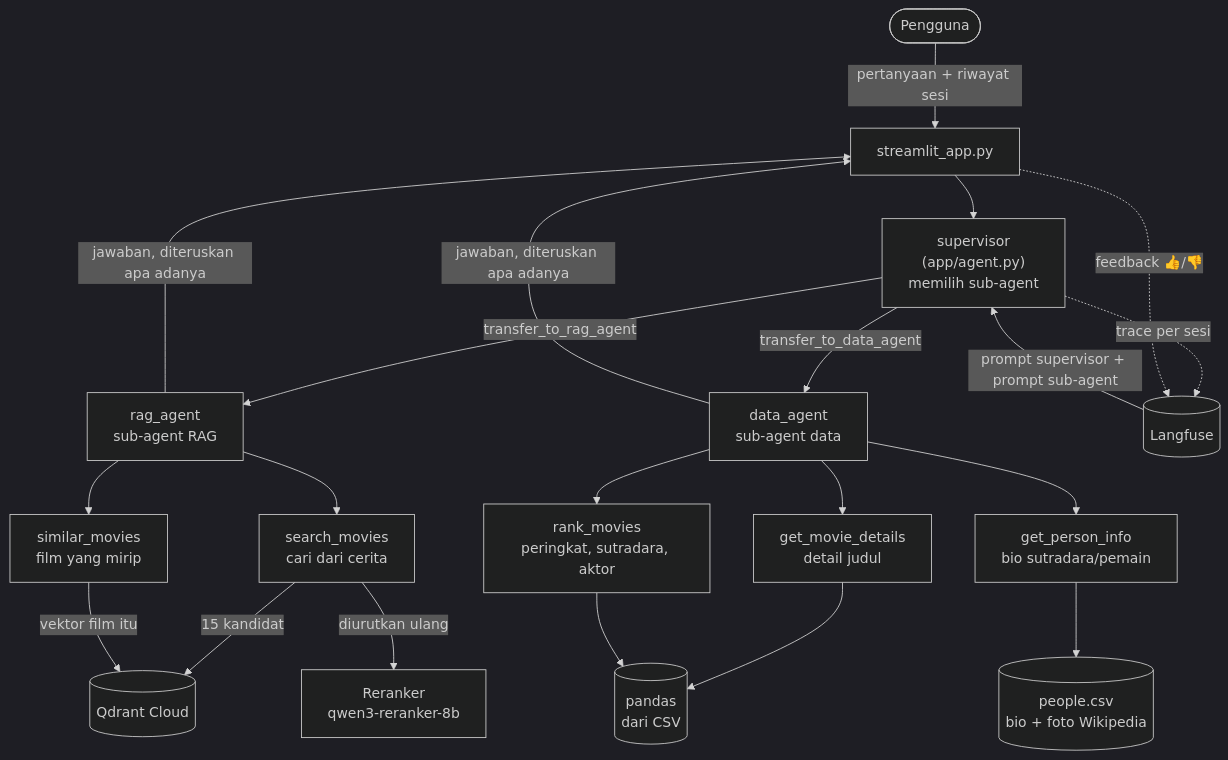
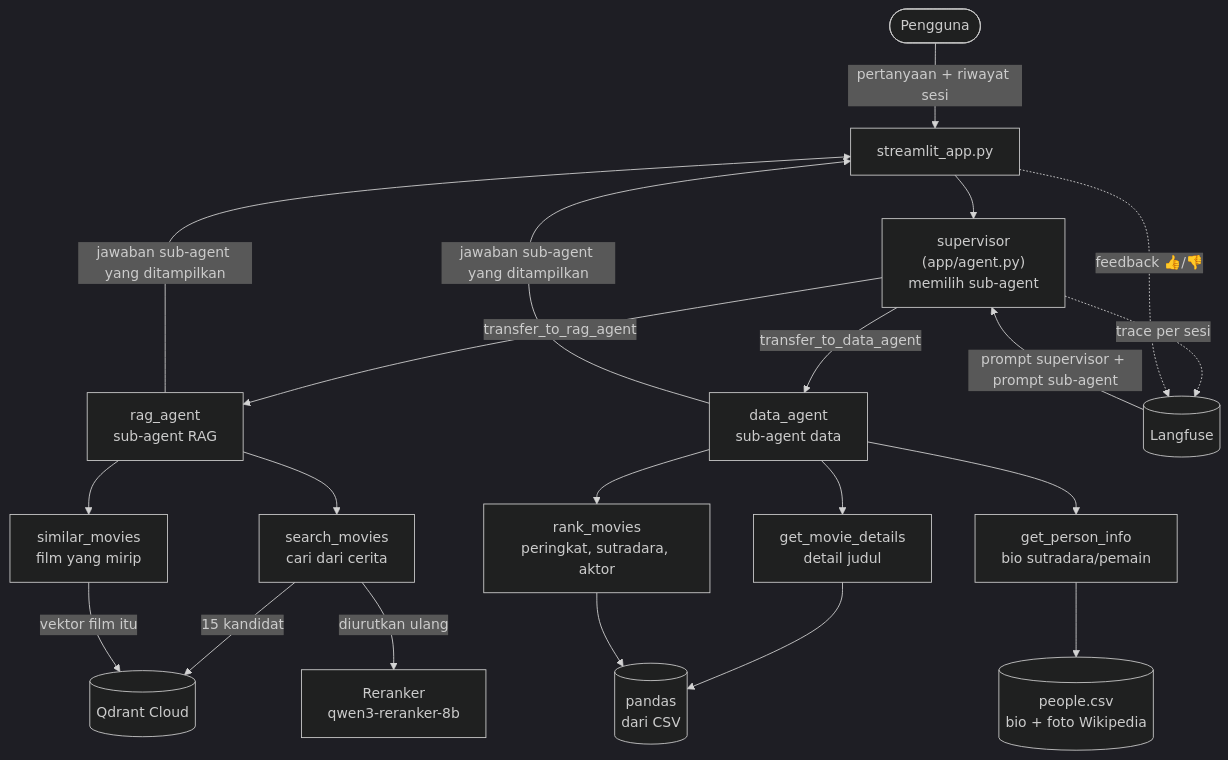
The second of 2 diagrams in README.md (reinerrekado/purwadhika-capstone-3), drawn with Mermaid (dark theme) before and after one commit. The commit also changed other lines of this file, not shown here.

````diff
--- a/README.md
+++ b/README.md
@@ -52,22 +52,22 @@
 ```mermaid
 flowchart TD
     U(["Pengguna"]) -->|pertanyaan + riwayat sesi| UI["streamlit_app.py"]
     UI --> SV["supervisor<br/>(app/agent.py)<br/>memilih sub-agent"]
     SV -->|transfer_to_rag_agent| RA["rag_agent<br/>sub-agent RAG"]
     SV -->|transfer_to_data_agent| DA["data_agent<br/>sub-agent data"]
-    RA & DA -->|jawaban, diteruskan apa adanya| UI
+    RA & DA -->|jawaban sub-agent yang ditampilkan| UI
     LF[("Langfuse")] -->|prompt supervisor + prompt sub-agent| SV
     SV -.->|trace per sesi| LF
     UI -.->|feedback 👍/👎| LF
     RA --> T1["search_movies<br/>cari dari cerita"]
     RA --> T2["similar_movies<br/>film yang mirip"]
     DA --> T3["get_movie_details<br/>detail judul"]
     DA --> T4["rank_movies<br/>peringkat, sutradara, aktor"]
     DA --> T5["get_person_info<br/>bio sutradara/pemain"]
     T1 -->|15 kandidat| QD[("Qdrant Cloud")]
     T1 -->|diurutkan ulang| RR["Reranker<br/>qwen3-reranker-8b"]
     T2 -->|vektor film itu| QD
     T3 --> DF[("pandas<br/>dari CSV")]
     T4 --> DF
     T5 --> PP[("people.csv<br/>bio + foto Wikipedia")]
 ```
````
